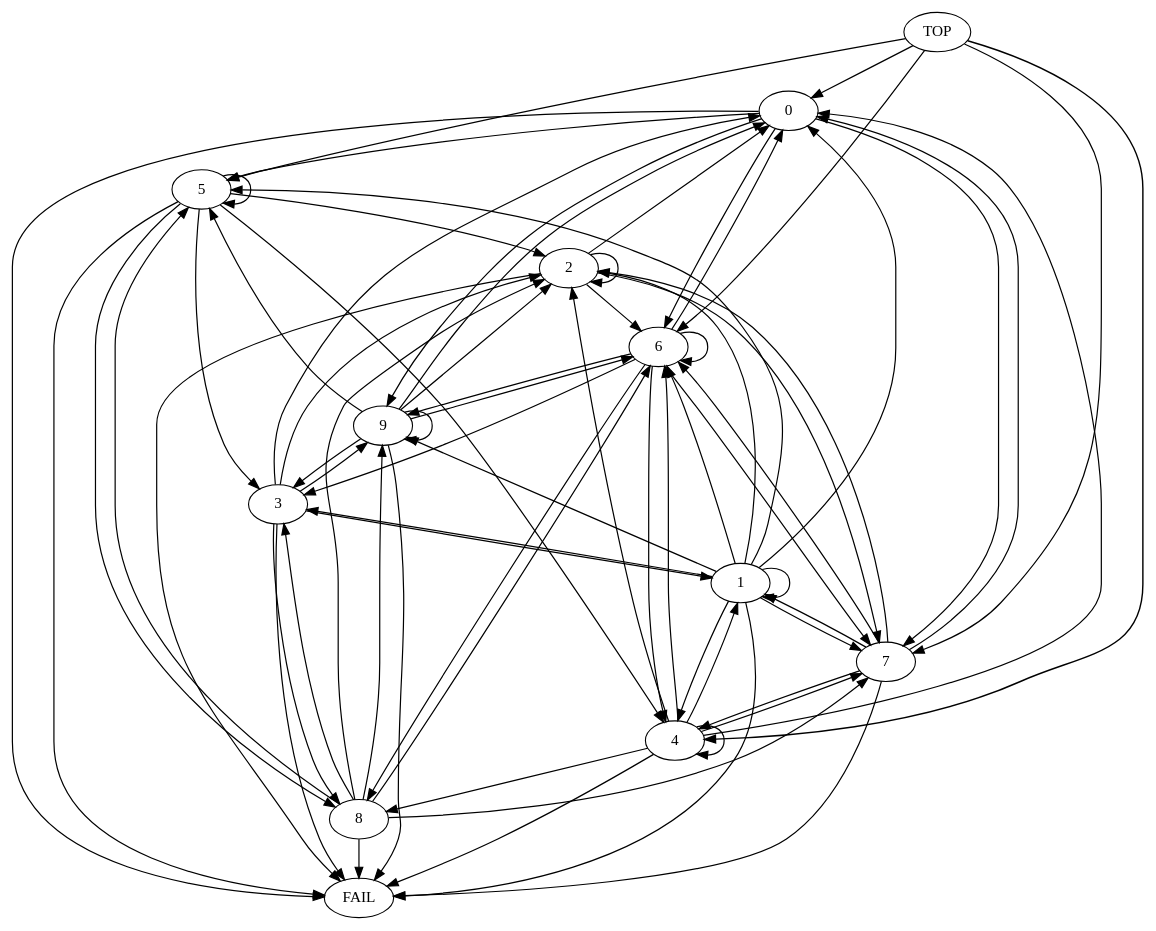
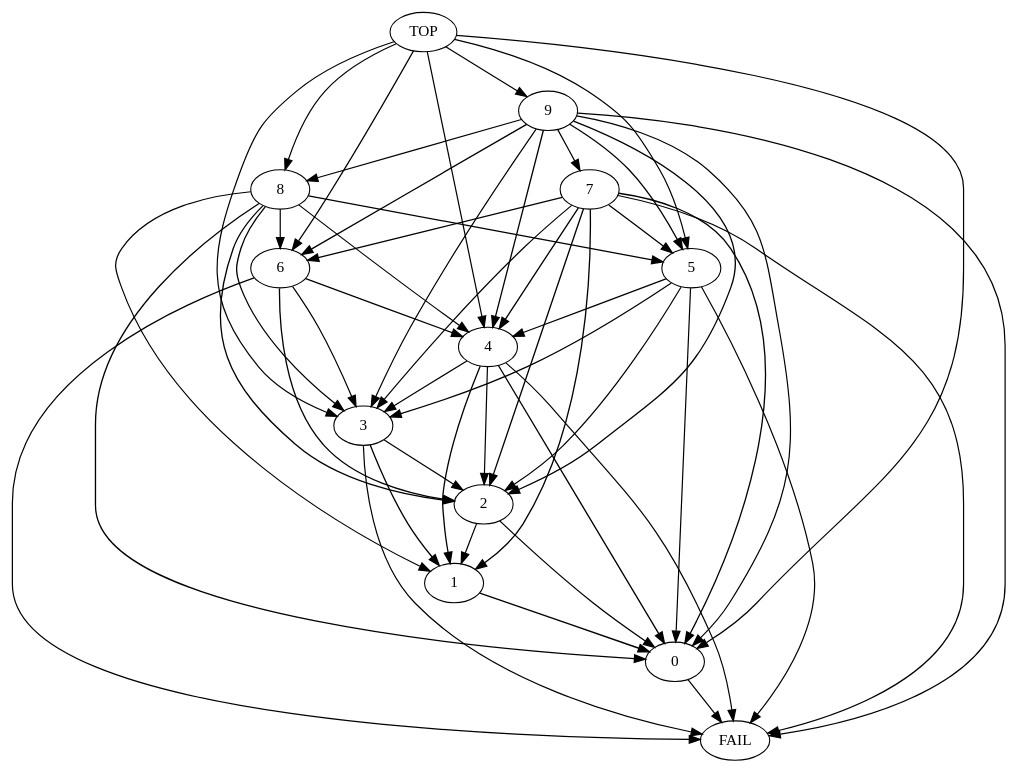
Before and after one commit to LostBitset/quiver_se: the diagram in quiver-gviz/reprdigraph.dot, drawn with Graphviz. The commit also changed 3 other files, not shown here.

```diff
--- a/quiver-gviz/reprdigraph.dot
+++ b/quiver-gviz/reprdigraph.dot
@@ -1,88 +1,68 @@
 digraph  {
 	
-	n4[label="0"];
-	n12[label="1"];
-	n5[label="2"];
-	n3[label="3"];
+	n2[label="0"];
+	n3[label="1"];
+	n1[label="2"];
+	n11[label="3"];
 	n8[label="4"];
-	n2[label="5"];
-	n7[label="6"];
+	n7[label="5"];
+	n6[label="6"];
 	n10[label="7"];
-	n9[label="8"];
-	n1[label="9"];
-	n6[label="FAIL"];
-	n11[label="TOP"];
+	n5[label="8"];
+	n4[label="9"];
+	n9[label="FAIL"];
+	n12[label="TOP"];
+	n2->n9[penwidth="1.1"];
+	n3->n2[penwidth="1.3"];
+	n1->n3[penwidth="1.1"];
+	n1->n2[penwidth="1.2"];
+	n11->n1[penwidth="1.1"];
+	n11->n9[penwidth="1.1"];
+	n11->n3[penwidth="1.2"];
+	n8->n3[penwidth="1.2"];
+	n8->n9[penwidth="1.1"];
+	n8->n1[penwidth="1.1"];
+	n8->n11[penwidth="1.1"];
+	n8->n2[penwidth="1.2"];
+	n7->n8[penwidth="1.1"];
+	n7->n9[penwidth="1.1"];
+	n7->n11[penwidth="1.1"];
+	n7->n2[penwidth="1.1"];
+	n7->n1[penwidth="1.1"];
+	n6->n1[penwidth="1.2"];
+	n6->n8[penwidth="1.1"];
+	n6->n9[penwidth="1.1"];
+	n6->n11[penwidth="1.1"];
+	n10->n1[penwidth="1.2"];
+	n10->n9[penwidth="1.1"];
+	n10->n6[penwidth="1.2"];
+	n10->n8[penwidth="1.2"];
+	n10->n7[penwidth="1.2"];
+	n10->n3[penwidth="1.2"];
+	n10->n11[penwidth="1.1"];
+	n10->n2[penwidth="1.2"];
+	n5->n7[penwidth="1.2"];
+	n5->n3[penwidth="1.1"];
+	n5->n1[penwidth="1.2"];
+	n5->n11[penwidth="1.2"];
+	n5->n6[penwidth="1.1"];
+	n5->n8[penwidth="1.1"];
+	n5->n2[penwidth="1.2"];
+	n4->n6[penwidth="1.2"];
+	n4->n7[penwidth="1.2"];
+	n4->n5[penwidth="1.1"];
+	n4->n9[penwidth="1.1"];
 	n4->n10[penwidth="1.1"];
+	n4->n11[penwidth="1.1"];
+	n4->n1[penwidth="1.2"];
+	n4->n8[penwidth="1.2"];
 	n4->n2[penwidth="1.1"];
-	n4->n1[penwidth="1.1"];
-	n4->n7[penwidth="1.1"];
-	n4->n6[penwidth="1.1"];
+	n12->n5[penwidth="1.1"];
 	n12->n4[penwidth="1.1"];
-	n12->n5[penwidth="1.1"];
-	n12->n3[penwidth="1.1"];
+	n12->n7[penwidth="1.1"];
+	n12->n2[penwidth="1.1"];
 	n12->n8[penwidth="1.1"];
-	n12->n1[penwidth="1.1"];
+	n12->n11[penwidth="1.1"];
 	n12->n6[penwidth="1.1"];
-	n12->n12[penwidth="1.1"];
-	n12->n7[penwidth="1.1"];
-	n12->n10[penwidth="1.1"];
-	n12->n2[penwidth="1.1"];
-	n5->n7[penwidth="1.1"];
-	n5->n6[penwidth="1.1"];
-	n5->n5[penwidth="1.1"];
-	n5->n4[penwidth="1.1"];
-	n5->n10[penwidth="1.1"];
-	n3->n1[penwidth="1.1"];
-	n3->n9[penwidth="1.1"];
-	n3->n5[penwidth="1.1"];
-	n3->n4[penwidth="1.1"];
-	n3->n6[penwidth="1.1"];
-	n3->n12[penwidth="1.1"];
-	n8->n8[penwidth="1.1"];
-	n8->n5[penwidth="1.1"];
-	n8->n12[penwidth="1.1"];
-	n8->n4[penwidth="1.1"];
-	n8->n7[penwidth="1.1"];
-	n8->n10[penwidth="1.1"];
-	n8->n6[penwidth="1.1"];
-	n8->n9[penwidth="1.1"];
-	n2->n6[penwidth="1.1"];
-	n2->n8[penwidth="1.1"];
-	n2->n2[penwidth="1.1"];
-	n2->n9[penwidth="1.1"];
-	n2->n5[penwidth="1.1"];
-	n2->n3[penwidth="1.1"];
-	n7->n10[penwidth="1.1"];
-	n7->n1[penwidth="1.1"];
-	n7->n3[penwidth="1.1"];
-	n7->n4[penwidth="1.1"];
-	n7->n9[penwidth="1.1"];
-	n7->n8[penwidth="1.1"];
-	n7->n7[penwidth="1.1"];
-	n10->n8[penwidth="1.1"];
-	n10->n4[penwidth="1.1"];
-	n10->n5[penwidth="1.1"];
-	n10->n6[penwidth="1.1"];
-	n10->n7[penwidth="1.1"];
-	n10->n12[penwidth="1.1"];
-	n9->n2[penwidth="1.1"];
-	n9->n1[penwidth="1.1"];
-	n9->n6[penwidth="1.1"];
-	n9->n3[penwidth="1.1"];
-	n9->n10[penwidth="1.1"];
-	n9->n5[penwidth="1.1"];
-	n9->n7[penwidth="1.1"];
-	n1->n5[penwidth="1.1"];
-	n1->n4[penwidth="1.1"];
-	n1->n6[penwidth="1.1"];
-	n1->n3[penwidth="1.1"];
-	n1->n7[penwidth="1.1"];
-	n1->n2[penwidth="1.1"];
-	n1->n1[penwidth="1.1"];
-	n11->n8[penwidth="1.3"];
-	n11->n4[penwidth="1.1"];
-	n11->n2[penwidth="1.1"];
-	n11->n7[penwidth="1.1"];
-	n11->n10[penwidth="1.1"];
 	
 }
```
